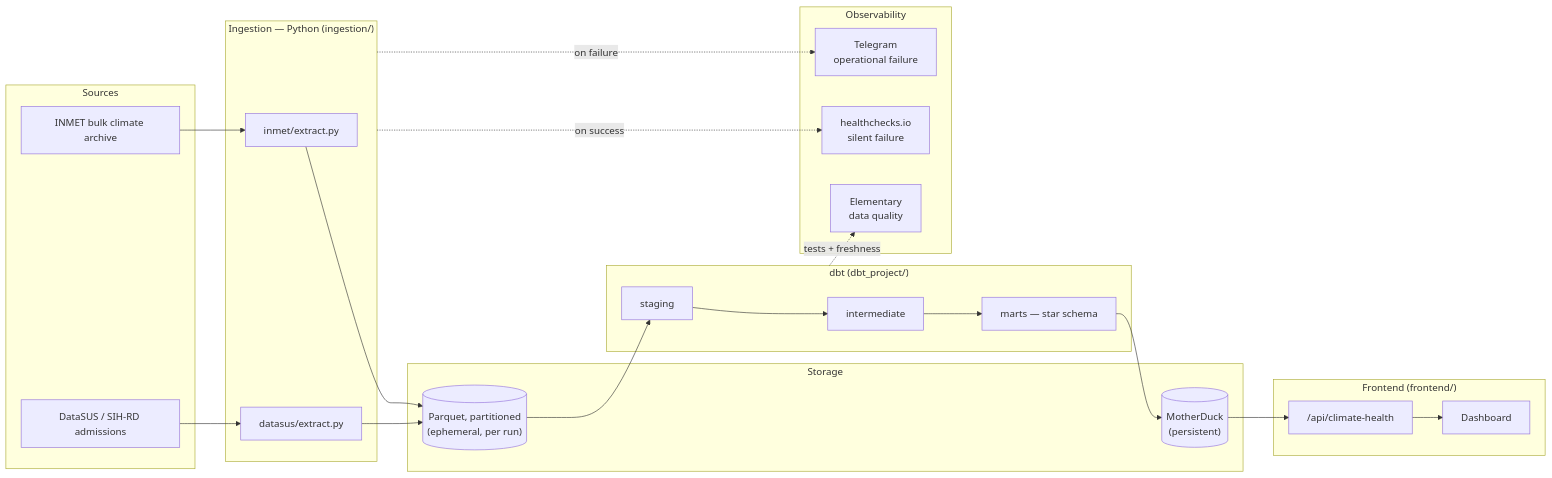
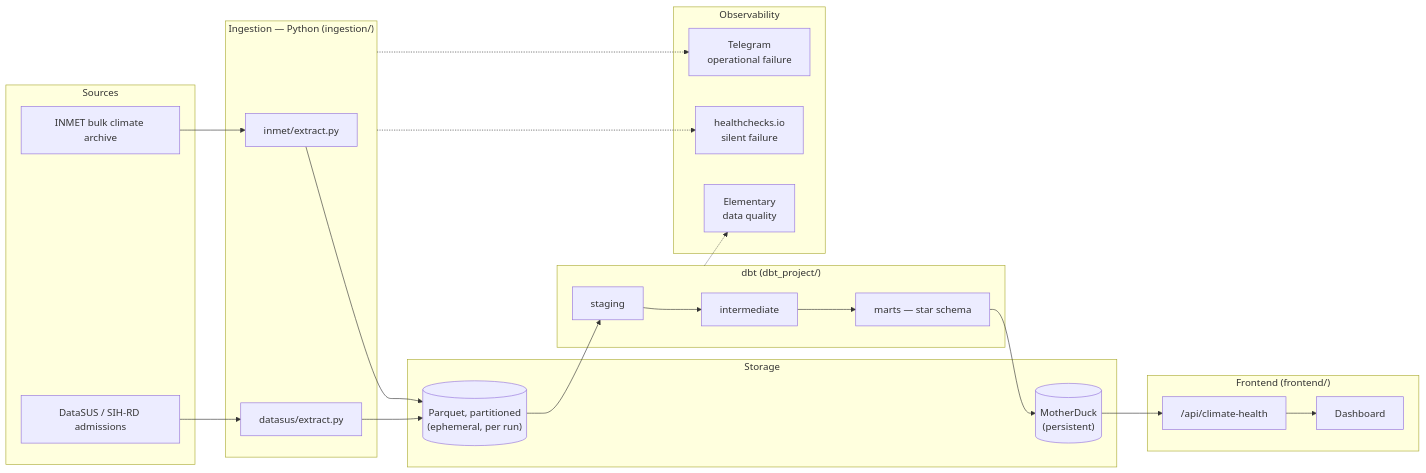
The diagram in README.md (FabioKishino/climate-health-observatory), drawn with Mermaid before and after one commit. The commit also changed other lines of this file, not shown here.

Commit message:
fix: resolve Mermaid diagram label overlap in README
Rendered the README's architecture diagram with the actual Mermaid CLI
(not just assumed the syntax was fine) and found a real, reproducible
layout issue: edge labels on lines drawn from a subgraph's own boundary
(Ingestion -.on failure.-> Telegram) collide with that subgraph's border,
clipping the text ("on success" rendered as "n success") — confirmed
consistent across two different render widths, so a genuine Mermaid
layout quirk, not a one-off artifact.

Removed the inline edge labels and replaced them with a caption sentence
below the diagram instead, which sidesteps the layout issue entirely
rather than fighting it, and reads more cleanly regardless. Re-rendered
to confirm the fix.

Claude-Session: https://claude.ai/code/session_01DobwWtDHzgYwRnnxoYQPF7

````diff
--- a/README.md
+++ b/README.md
@@ -24,43 +24,43 @@
 ```mermaid
 flowchart LR
     subgraph Sources["Sources"]
         INMET["INMET bulk climate archive"]
         DATASUS["DataSUS / SIH-RD admissions"]
     end
 
     subgraph Ingestion["Ingestion — Python (ingestion/)"]
         INMET_ING["inmet/extract.py"]
         DATASUS_ING["datasus/extract.py"]
     end
 
     subgraph Storage["Storage"]
         PARQUET[("Parquet, partitioned\n(ephemeral, per run)")]
         MD[("MotherDuck\n(persistent)")]
     end
 
     subgraph Transform["dbt (dbt_project/)"]
         STG["staging"]
         INT["intermediate"]
         MARTS["marts — star schema"]
     end
 
     subgraph Observability["Observability"]
         TG["Telegram\noperational failure"]
         HC["healthchecks.io\nsilent failure"]
         EL["Elementary\ndata quality"]
     end
 
     subgraph Frontend["Frontend (frontend/)"]
         API["/api/climate-health"]
         DASH["Dashboard"]
     end
 
     INMET --> INMET_ING --> PARQUET
     DATASUS --> DATASUS_ING --> PARQUET
     PARQUET --> STG --> INT --> MARTS --> MD
     MD --> API --> DASH
 
-    Ingestion -. on failure .-> TG
-    Ingestion -. on success .-> HC
-    Transform -. tests + freshness .-> EL
+    Ingestion -.-> TG
+    Ingestion -.-> HC
+    Transform -.-> EL
 ```
````
